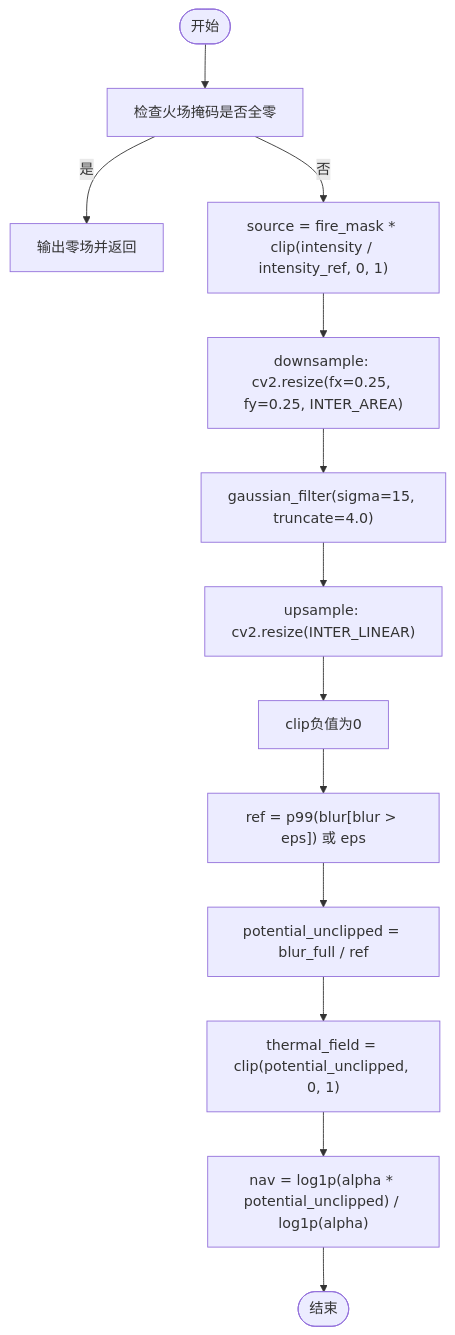
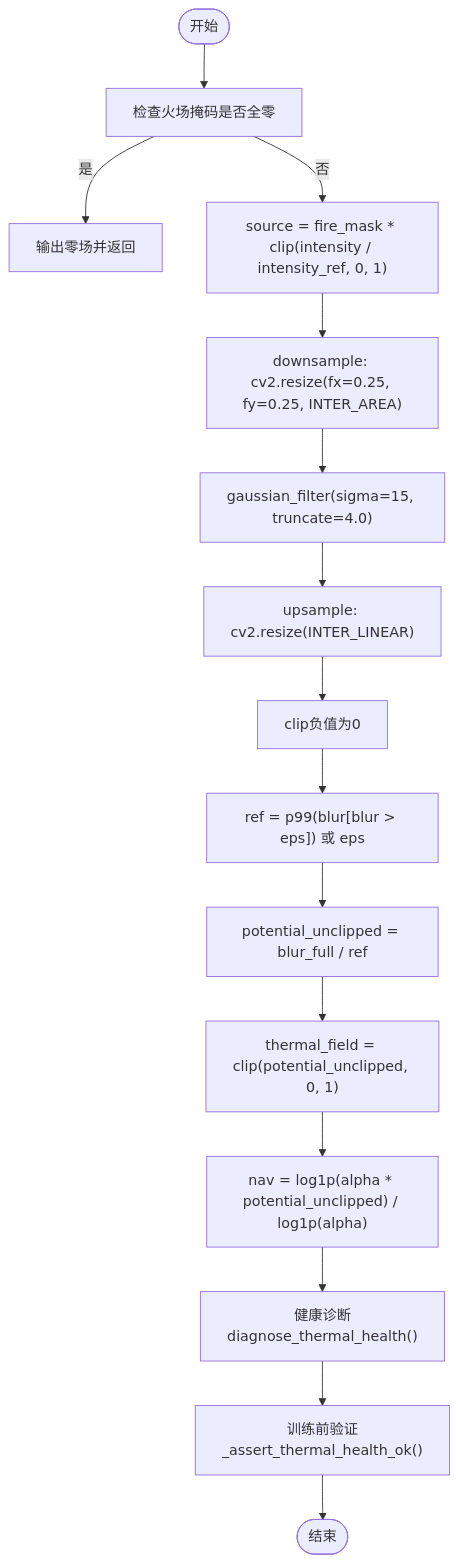
One commit to xixi10001/self_Adaptive changed the second of 6 diagrams in .qoder/repowiki/zh/content/数据处理/热场计算优化.md. Above: the diagram before and after it, drawn with Mermaid. The commit also changed other lines of this file and 21 other files, not shown here.

````diff
--- a/.qoder/repowiki/zh/content/数据处理/热场计算优化.md
+++ b/.qoder/repowiki/zh/content/数据处理/热场计算优化.md
@@ -78,15 +93,17 @@
 ```mermaid
 flowchart TD
 Start(["开始"]) --> CheckFire["检查火场掩码是否全零"]
 CheckFire --> |是| ZeroOut["输出零场并返回"]
 CheckFire --> |否| Source["source = fire_mask * clip(intensity / intensity_ref, 0, 1)"]
 Source --> Down["downsample: cv2.resize(fx=0.25, fy=0.25, INTER_AREA)"]
 Down --> Blur["gaussian_filter(sigma=15, truncate=4.0)"]
 Blur --> Up["upsample: cv2.resize(INTER_LINEAR)"]
 Up --> ClipNeg["clip负值为0"]
 ClipNeg --> Ref["ref = p99(blur[blur > eps]) 或 eps"]
 Ref --> Potential["potential_unclipped = blur_full / ref"]
 Potential --> ClipPot["thermal_field = clip(potential_unclipped, 0, 1)"]
 ClipPot --> Nav["nav = log1p(alpha * potential_unclipped) / log1p(alpha)"]
-Nav --> End(["结束"])
+Nav --> HealthCheck["健康诊断<br/>diagnose_thermal_health()"]
+HealthCheck --> TrainCheck["训练前验证<br/>_assert_thermal_health_ok()"]
+TrainCheck --> End(["结束"])
 ```
````
